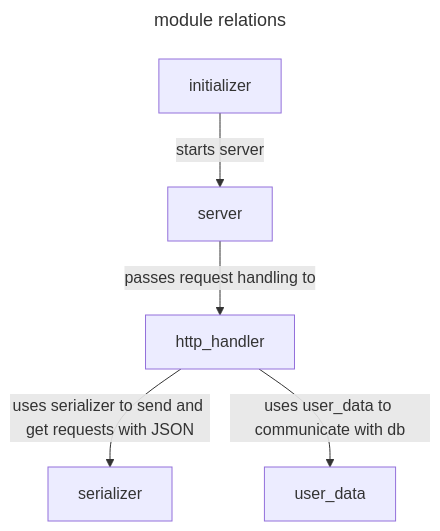
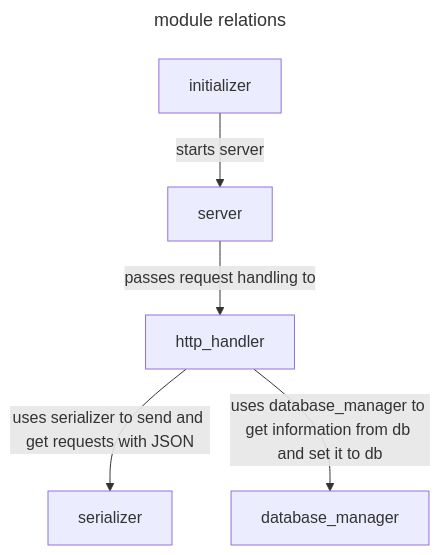
Before and after one commit to LeeDoor/game_webserver: the diagram in docs/new_module_creation.md, drawn with Mermaid. The commit also changed 3 other files, not shown here.

Commit message:
docs with database manager

````diff
--- a/docs/new_module_creation.md
+++ b/docs/new_module_creation.md
@@ -4,17 +4,17 @@
 ```mermaid
 ---
 title: module relations
 ---
 
 flowchart 
     initializer --"starts server"--> server
     server --"passes request handling to"--> http_handler
     http_handler --"uses serializer to send and get requests with JSON"--> serializer
-    http_handler --"uses user_data to communicate with db"--> user_data
+    http_handler --"uses database_manager to get information from db and set it to db"--> database_manager
 
     click initializer "https://github.com/LeeDoor/hex_chess_backend/blob/main/docs/initializer.md"
     click server "https://github.com/LeeDoor/hex_chess_backend/blob/main/docs/server.md"
     click http_handler "https://github.com/LeeDoor/hex_chess_backend/blob/main/docs/http_handler.md"
     click serializer "https://github.com/LeeDoor/hex_chess_backend/blob/main/docs/serializer.md"
-    click user_data "https://github.com/LeeDoor/hex_chess_backend/blob/main/docs/user_data.md"
+    click database_manager "https://github.com/LeeDoor/hex_chess_backend/blob/main/docs/database_manager.md"
 ```
````
